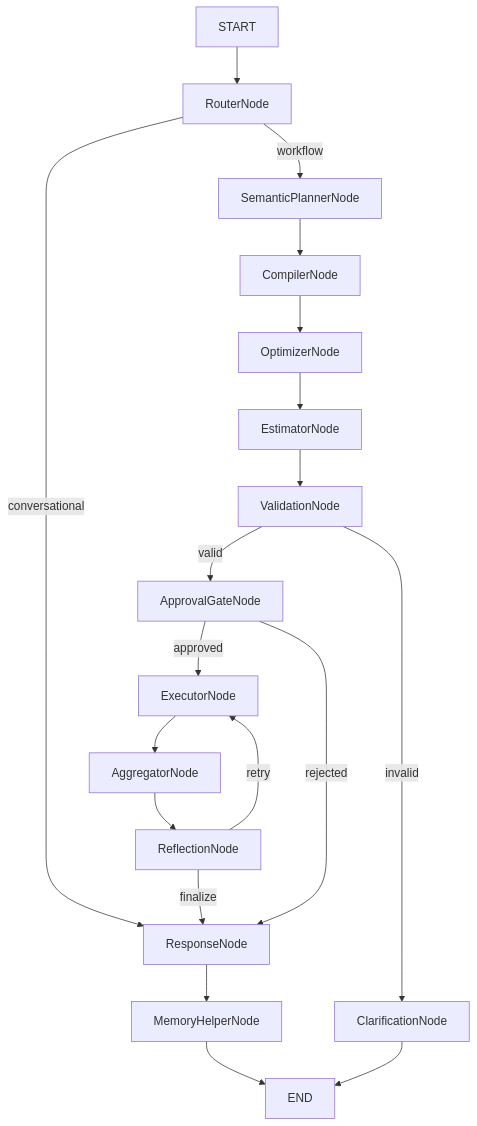
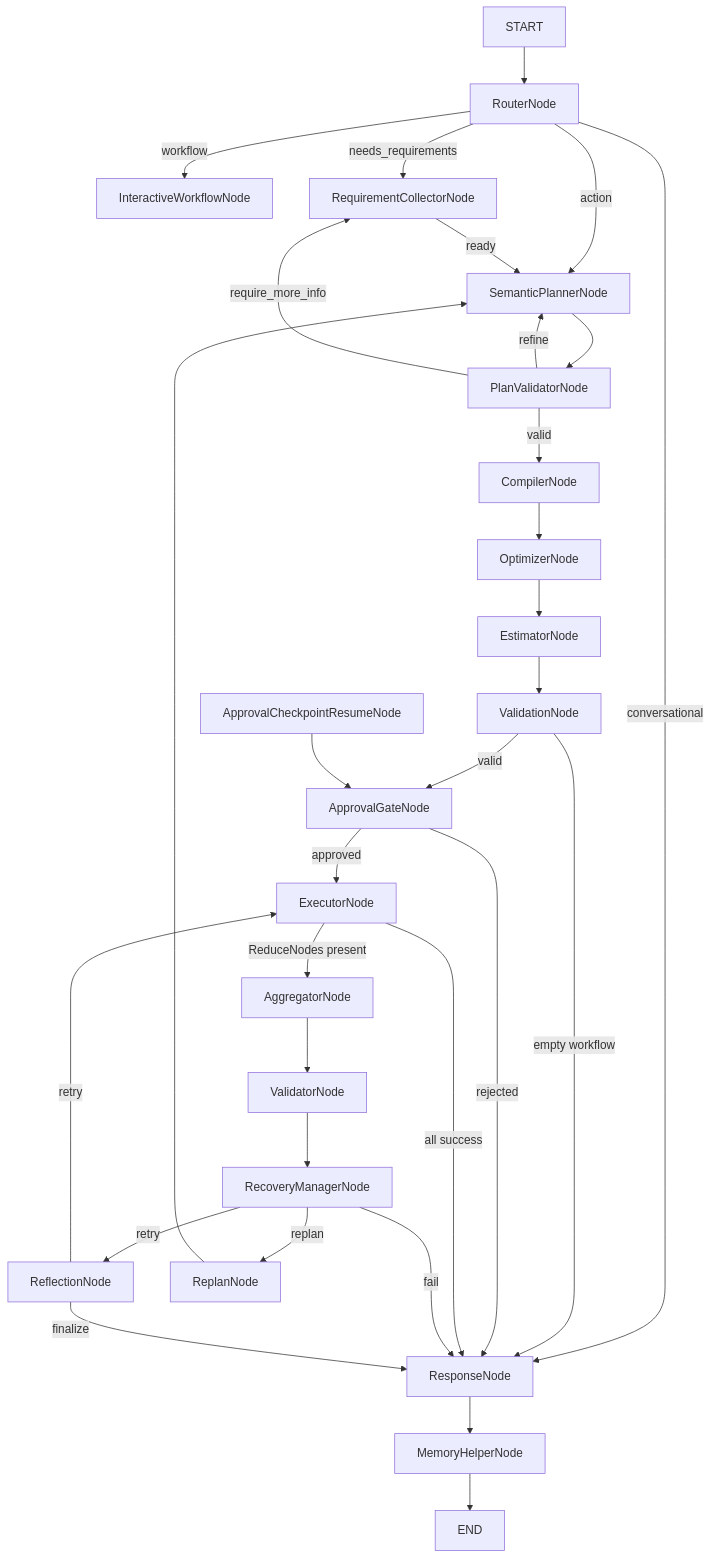
The diagram in nexus-agent/src/nexus/agent/AGENTS.md (Muhammad-Husnain07/Nexus-Agent), drawn with Mermaid before and after one commit. The commit also changed other lines of this file and 209 other files, not shown here.

````diff
--- a/nexus-agent/src/nexus/agent/AGENTS.md
+++ b/nexus-agent/src/nexus/agent/AGENTS.md
@@ -24,21 +50,33 @@
 ```mermaid
 graph TD
     START --> RouterNode
     RouterNode -->|conversational| ResponseNode
-    RouterNode -->|workflow| SemanticPlannerNode
-    SemanticPlannerNode --> CompilerNode
+    RouterNode -->|workflow| InteractiveWorkflowNode
+    RouterNode -->|needs_requirements| RequirementCollectorNode
+    RouterNode -->|action| SemanticPlannerNode
+    RequirementCollectorNode -->|ready| SemanticPlannerNode
+    SemanticPlannerNode --> PlanValidatorNode
+    PlanValidatorNode -->|valid| CompilerNode
+    PlanValidatorNode -->|refine| SemanticPlannerNode
+    PlanValidatorNode -->|require_more_info| RequirementCollectorNode
     CompilerNode --> OptimizerNode
     OptimizerNode --> EstimatorNode
     EstimatorNode --> ValidationNode
     ValidationNode -->|valid| ApprovalGateNode
-    ValidationNode -->|invalid| ClarificationNode
-    ClarificationNode --> END
+    ValidationNode -->|empty workflow| ResponseNode
     ApprovalGateNode -->|approved| ExecutorNode
     ApprovalGateNode -->|rejected| ResponseNode
-    ExecutorNode --> AggregatorNode
-    AggregatorNode --> ReflectionNode
+    ApprovalCheckpointResumeNode --> ApprovalGateNode
+    ExecutorNode -->|ReduceNodes present| AggregatorNode
+    ExecutorNode -->|all success| ResponseNode
+    AggregatorNode --> ValidatorNode
+    ValidatorNode --> RecoveryManagerNode
+    RecoveryManagerNode -->|retry| ReflectionNode
+    RecoveryManagerNode -->|replan| ReplanNode
+    RecoveryManagerNode -->|fail| ResponseNode
     ReflectionNode -->|retry| ExecutorNode
     ReflectionNode -->|finalize| ResponseNode
+    ReplanNode --> SemanticPlannerNode
     ResponseNode --> MemoryHelperNode
     MemoryHelperNode --> END
 ```
````
